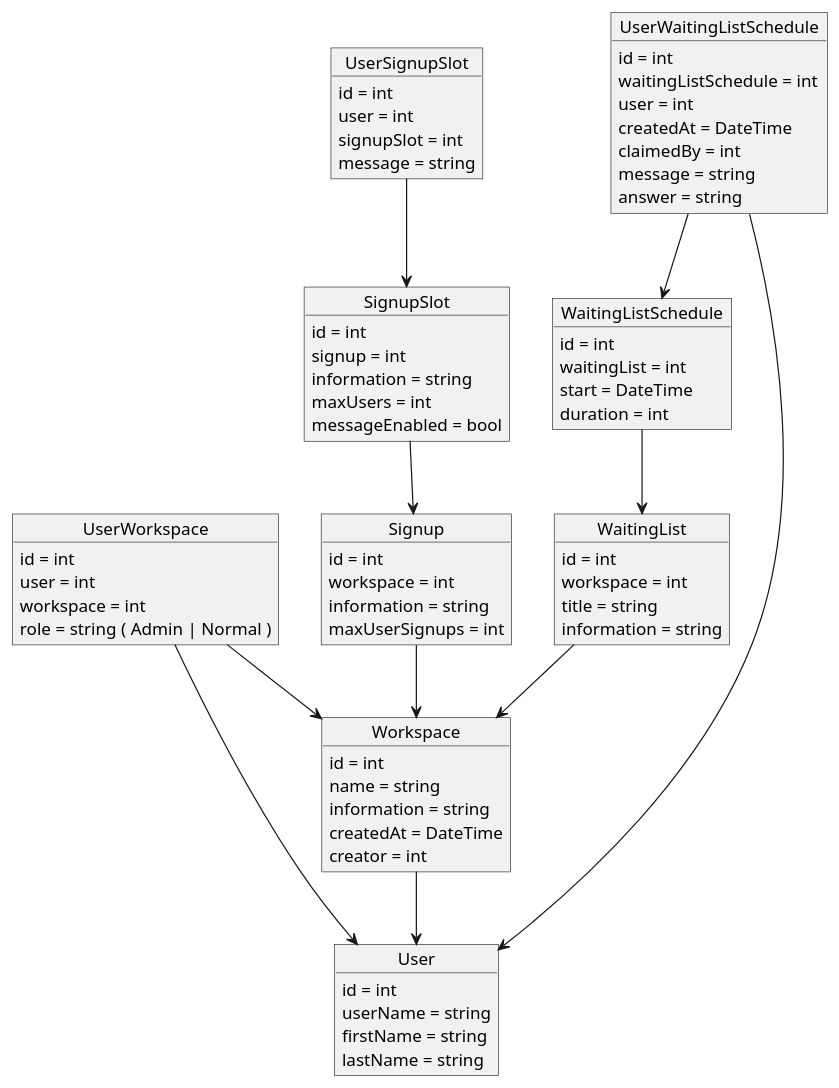
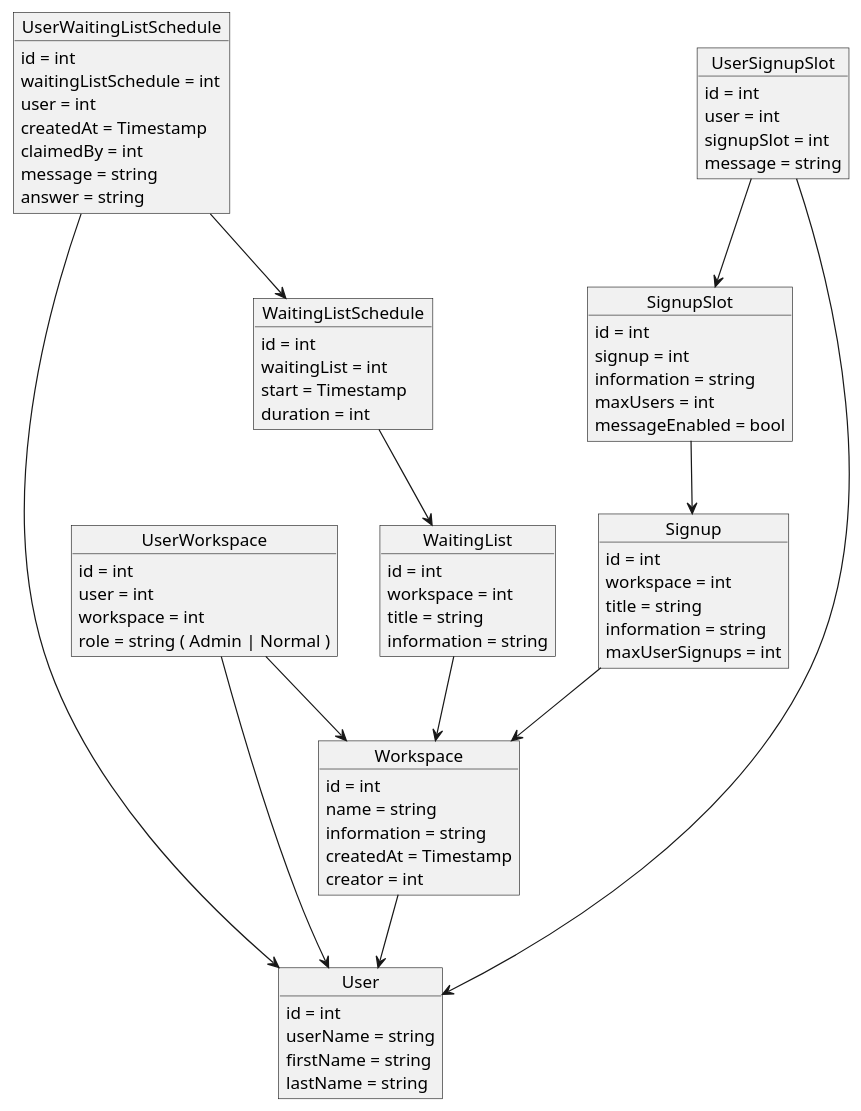
The diagram in docs/database_schema.puml (InputPlaceholderName/tosca-backend), drawn with PlantUML before and after one commit. The commit also changed 33 other files, not shown here.

```diff
--- a/docs/database_schema.puml
+++ b/docs/database_schema.puml
@@ -1,89 +1,91 @@
 @startuml
 object User {
-    id = int 
+    id = int
     userName = string
     firstName = string
     lastName = string
 }
 
 object Workspace {
     id = int
     name = string
-    information = string 
-    createdAt = DateTime
+    information = string
+    createdAt = Timestamp
     creator = int
 }
 
 object UserWorkspace {
     id = int
     user = int
     workspace = int
     role = string ( Admin | Normal )
 }
 
 object WaitingList {
     id = int
     workspace = int
-    title = string  
+    title = string
     information = string
 }
 
 object WaitingListSchedule {
     id = int
     waitingList = int
-    start = DateTime
+    start = Timestamp
     duration = int
 }
 
 object UserWaitingListSchedule {
     id = int
     waitingListSchedule = int
     user = int
-    createdAt = DateTime
+    createdAt = Timestamp
     claimedBy = int
     message = string
     answer = string
 }
 
 object Signup {
     id = int
     workspace = int
+    title = string
     information = string
     maxUserSignups = int
 }
 
 object SignupSlot {
     id = int
     signup = int
     information = string
     maxUsers = int
     messageEnabled = bool
 }
 
 object UserSignupSlot {
     id = int
     user = int
     signupSlot = int
     message = string
 }
 
 
 Workspace --> User
 
 
 UserWorkspace --> User
 UserWorkspace --> Workspace
 
 WaitingList --> Workspace
 
 WaitingListSchedule --> WaitingList
 
 UserWaitingListSchedule --> User
 UserWaitingListSchedule --> WaitingListSchedule
 
 Signup --> Workspace
 
 SignupSlot --> Signup
 
 UserSignupSlot --> SignupSlot
+UserSignupSlot --> User
 @enduml
```
